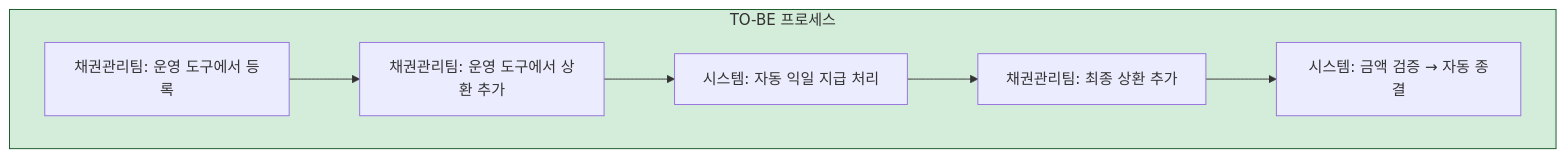
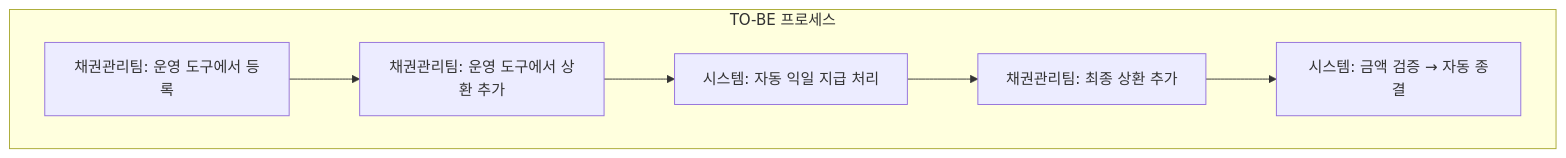
The second of 5 diagrams in _posts/2025-08-11-운영팀-자율화를-위한-워크플로우-재설계-상태-머신-패턴.md (Gyubster/til), drawn with Mermaid before and after one commit. The commit also changed other lines of this file and 13 other files, not shown here.

Commit message:
Mermaid 렌더링 수정: subgraph style 명령 제거

````diff
--- a/_posts/2025-08-11-운영팀-자율화를-위한-워크플로우-재설계-상태-머신-패턴.md
+++ b/_posts/2025-08-11-운영팀-자율화를-위한-워크플로우-재설계-상태-머신-패턴.md
@@ -35,10 +34,9 @@
 ```mermaid
 flowchart TD
     subgraph to_be["TO-BE 프로세스"]
         A["채권관리팀: 운영 도구에서 등록"] --> B["채권관리팀: 운영 도구에서 상환 추가"]
         B --> C["시스템: 자동 익일 지급 처리"]
         C --> D["채권관리팀: 최종 상환 추가"]
         D --> E["시스템: 금액 검증 → 자동 종결"]
     end
-    style to_be fill:#d4edda,stroke:#155724
 ```
````
